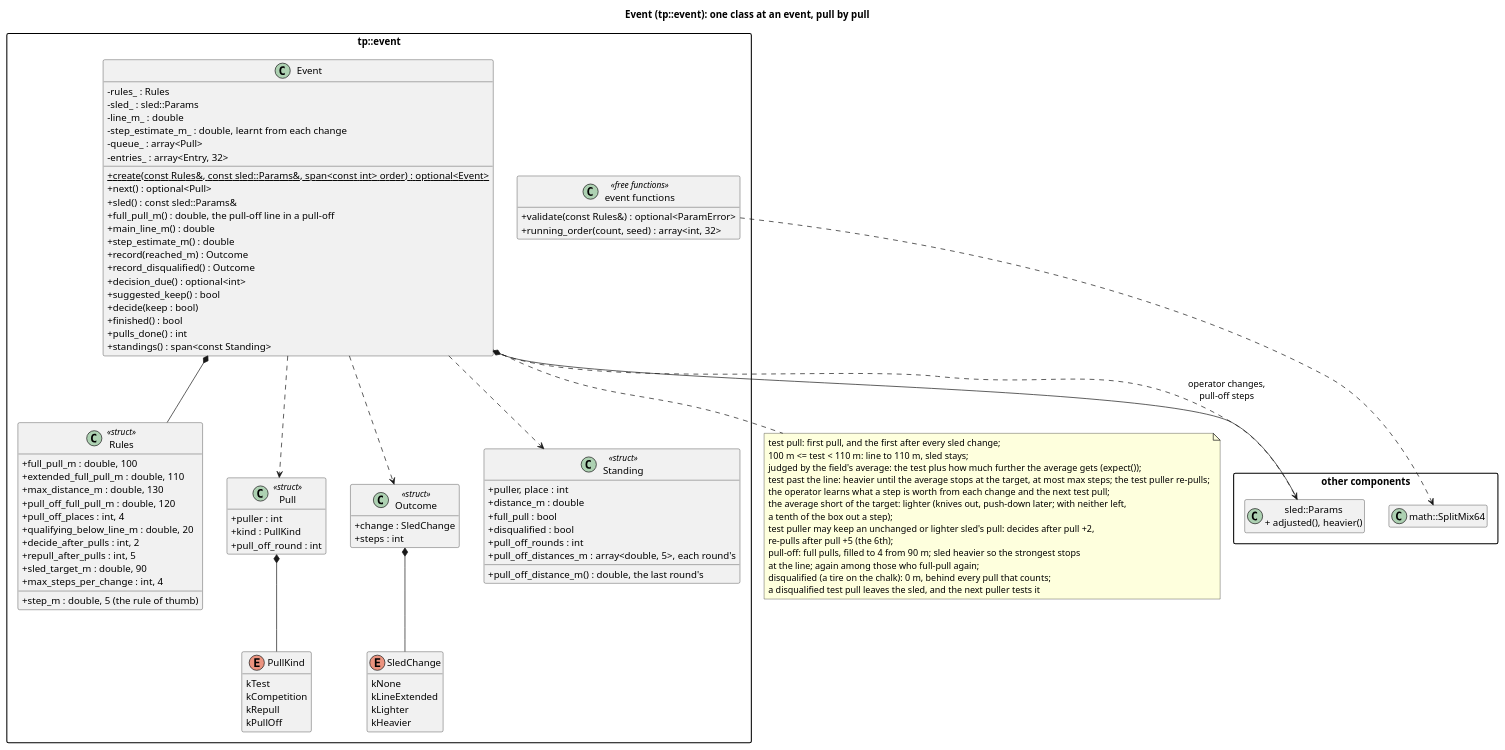
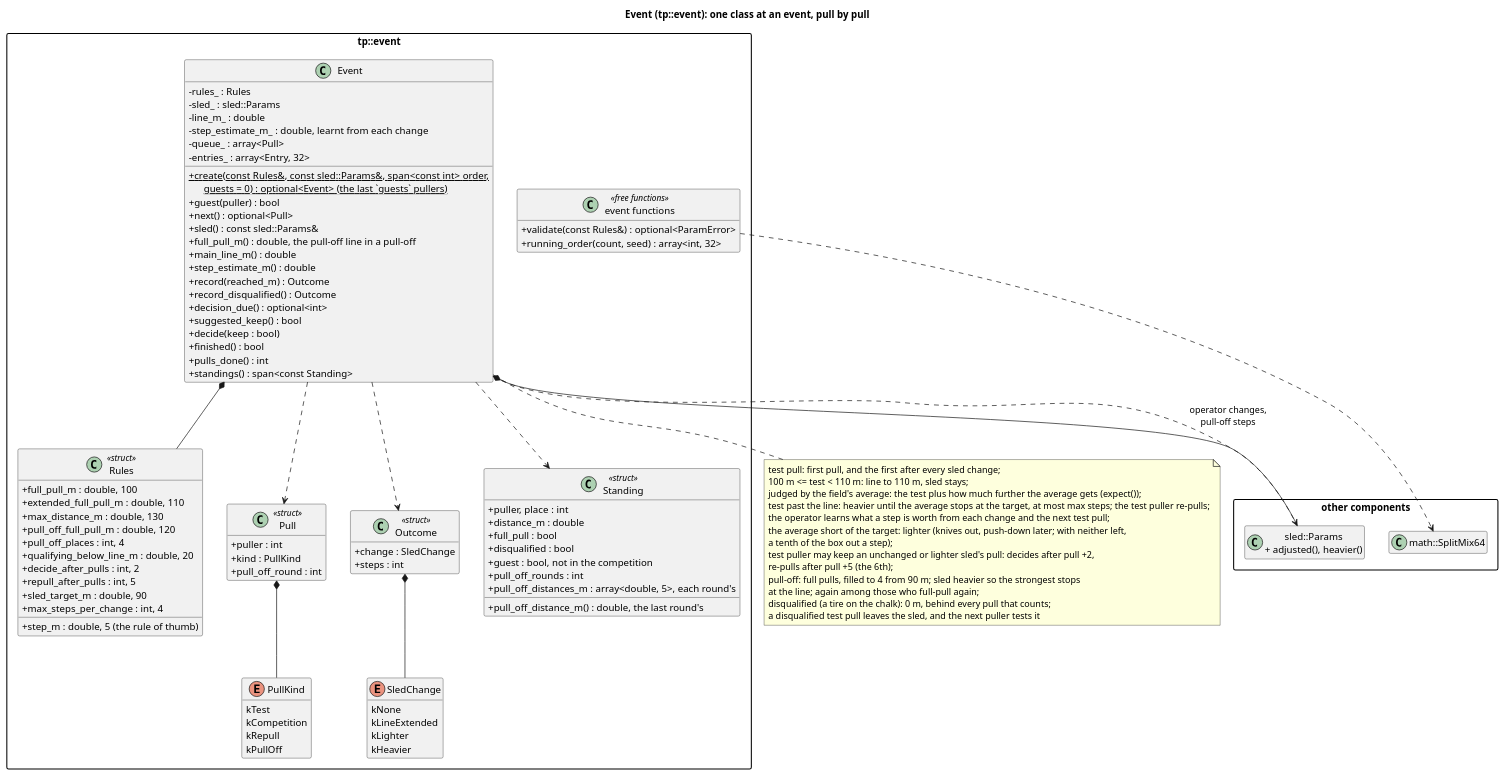
One commit to wversteeg/TractorPulling changed the diagram in docs/diagrams/event_classes.puml. Above: the diagram before and after it, drawn with PlantUML. The commit also changed 47 other files, not shown here.

```diff
--- a/docs/diagrams/event_classes.puml
+++ b/docs/diagrams/event_classes.puml
@@ -1,107 +1,109 @@
 @startuml event_classes
 title Event (tp::event): one class at an event, pull by pull
 hide empty members
 skinparam packageStyle rectangle
 skinparam classAttributeIconSize 0
 
 package "other components" {
   class "sled::Params\n+ adjusted(), heavier()" as Sled
   class "math::SplitMix64" as Random
 }
 
 package "tp::event" {
   class Rules <<struct>> {
     +full_pull_m : double, 100
     +extended_full_pull_m : double, 110
     +max_distance_m : double, 130
     +pull_off_full_pull_m : double, 120
     +pull_off_places : int, 4
     +qualifying_below_line_m : double, 20
     +decide_after_pulls : int, 2
     +repull_after_pulls : int, 5
     +sled_target_m : double, 90
     +step_m : double, 5 (the rule of thumb)
     +max_steps_per_change : int, 4
   }
   class Pull <<struct>> {
     +puller : int
     +kind : PullKind
     +pull_off_round : int
   }
   enum PullKind {
     kTest
     kCompetition
     kRepull
     kPullOff
   }
   enum SledChange {
     kNone
     kLineExtended
     kLighter
     kHeavier
   }
   class Outcome <<struct>> {
     +change : SledChange
     +steps : int
   }
   class Standing <<struct>> {
     +puller, place : int
     +distance_m : double
     +full_pull : bool
     +disqualified : bool
+    +guest : bool, not in the competition
     +pull_off_rounds : int
     +pull_off_distances_m : array<double, 5>, each round's
     +pull_off_distance_m() : double, the last round's
   }
   class Event {
     -rules_ : Rules
     -sled_ : sled::Params
     -line_m_ : double
     -step_estimate_m_ : double, learnt from each change
     -queue_ : array<Pull>
     -entries_ : array<Entry, 32>
-    +{static} create(const Rules&, const sled::Params&, span<const int> order) : optional<Event>
+    +{static} create(const Rules&, const sled::Params&, span<const int> order,\n      guests = 0) : optional<Event> (the last `guests` pullers)
+    +guest(puller) : bool
     +next() : optional<Pull>
     +sled() : const sled::Params&
     +full_pull_m() : double, the pull-off line in a pull-off
     +main_line_m() : double
     +step_estimate_m() : double
     +record(reached_m) : Outcome
     +record_disqualified() : Outcome
     +decision_due() : optional<int>
     +suggested_keep() : bool
     +decide(keep : bool)
     +finished() : bool
     +pulls_done() : int
     +standings() : span<const Standing>
   }
   class "event functions" as EventFns <<free functions>> {
     +validate(const Rules&) : optional<ParamError>
     +running_order(count, seed) : array<int, 32>
   }
   Event *-- Rules
   Event ..> Pull
   Event ..> Outcome
   Event ..> Standing
   Pull *-- PullKind
   Outcome *-- SledChange
 }
 Event *-- Sled
 Event ..> Sled : operator changes,\npull-off steps
 EventFns ..> Random
 note bottom of Event
   test pull: first pull, and the first after every sled change;
   100 m <= test < 110 m: line to 110 m, sled stays;
   judged by the field's average: the test plus how much further the average gets (expect());
   test past the line: heavier until the average stops at the target, at most max steps; the test puller re-pulls;
   the operator learns what a step is worth from each change and the next test pull;
   the average short of the target: lighter (knives out, push-down later; with neither left,
   a tenth of the box out a step);
   test puller may keep an unchanged or lighter sled's pull: decides after pull +2,
   re-pulls after pull +5 (the 6th);
   pull-off: full pulls, filled to 4 from 90 m; sled heavier so the strongest stops
   at the line; again among those who full-pull again;
   disqualified (a tire on the chalk): 0 m, behind every pull that counts;
   a disqualified test pull leaves the sled, and the next puller tests it
 end note
 @enduml
```
